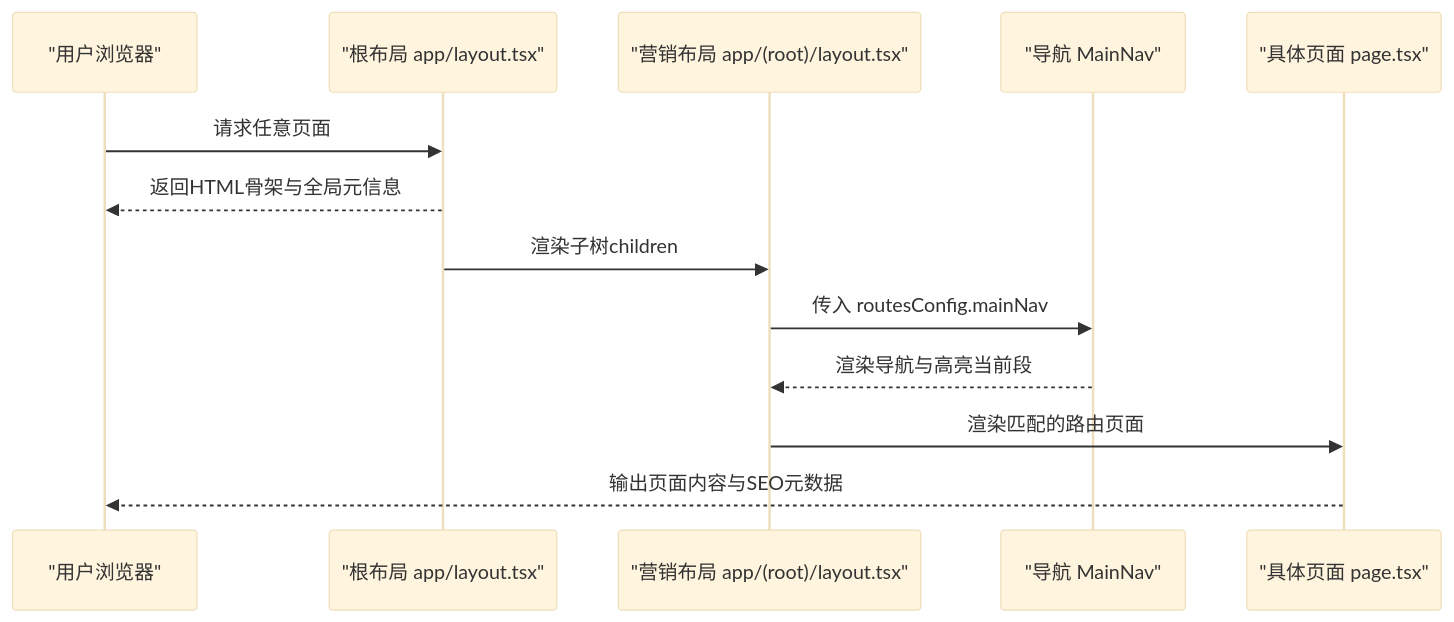
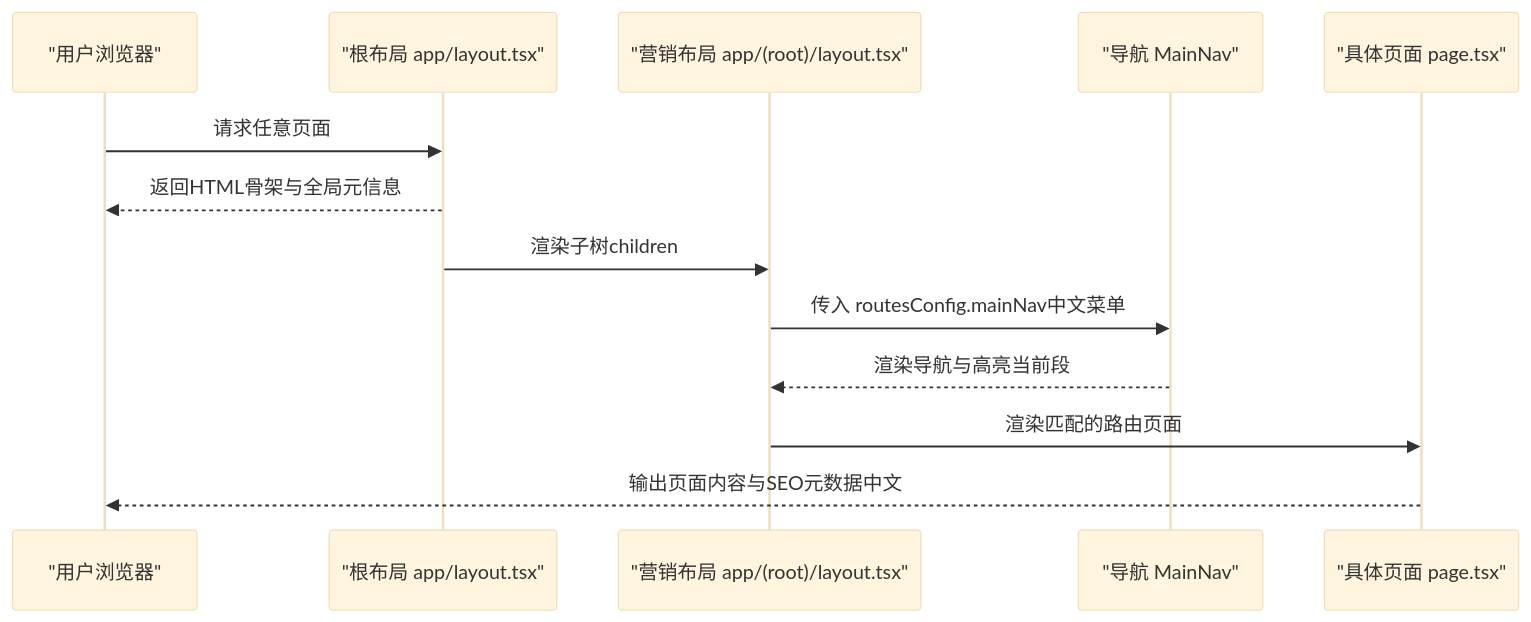
One commit to florianjsun/next-portfolio changed the second of 6 diagrams in .qoder/repowiki/zh/content/配置指南/路由配置.md. Above: the diagram before and after it, drawn with Mermaid (base theme). The commit also changed other lines of this file and 10 other files, not shown here.

````diff
--- a/.qoder/repowiki/zh/content/配置指南/路由配置.md
+++ b/.qoder/repowiki/zh/content/配置指南/路由配置.md
@@ -84,15 +90,15 @@
 ```mermaid
 sequenceDiagram
 participant U as "用户浏览器"
 participant L as "根布局 app/layout.tsx"
 participant R as "营销布局 app/(root)/layout.tsx"
 participant N as "导航 MainNav"
 participant P as "具体页面 page.tsx"
 U->>L : 请求任意页面
 L-->>U : 返回HTML骨架与全局元信息
 L->>R : 渲染子树children
-R->>N : 传入 routesConfig.mainNav
+R->>N : 传入 routesConfig.mainNav中文菜单
 N-->>R : 渲染导航与高亮当前段
 R->>P : 渲染匹配的路由页面
-P-->>U : 输出页面内容与SEO元数据
+P-->>U : 输出页面内容与SEO元数据中文
 ```
````
